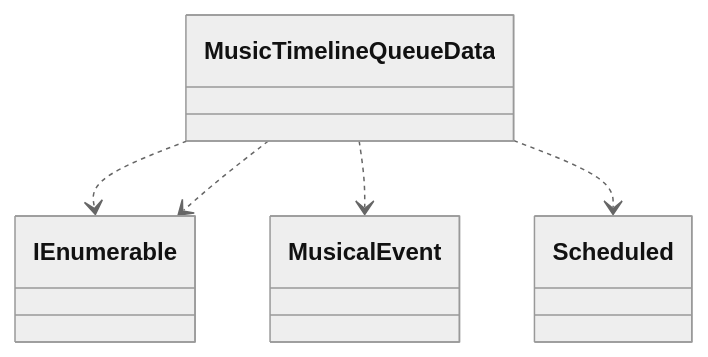
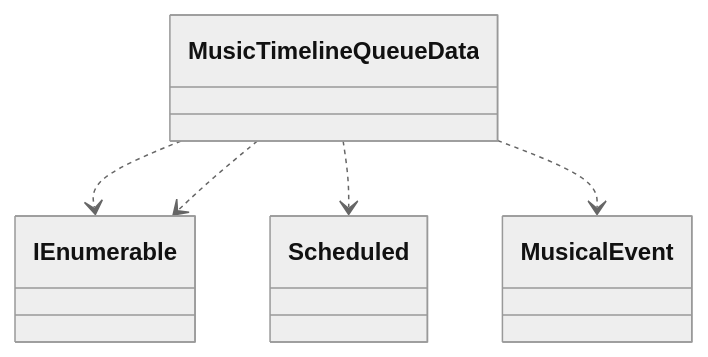
The ninth of 39 diagrams in test/test.md (schnock-art/project_inspector), drawn with Mermaid (neutral theme) before and after one commit. The commit also changed other lines of this file and 1 other file, not shown here.

Commit message:
Removed empty mermaid

````diff
--- a/test/test.md
+++ b/test/test.md
@@ -271,7 +271,7 @@
 ```mermaid
 classDiagram
 MusicTimelineQueueData ..> IEnumerable
-MusicTimelineQueueData ..> MusicalEvent
 MusicTimelineQueueData ..> IEnumerable
 MusicTimelineQueueData ..> Scheduled
+MusicTimelineQueueData ..> MusicalEvent
 ```
````
